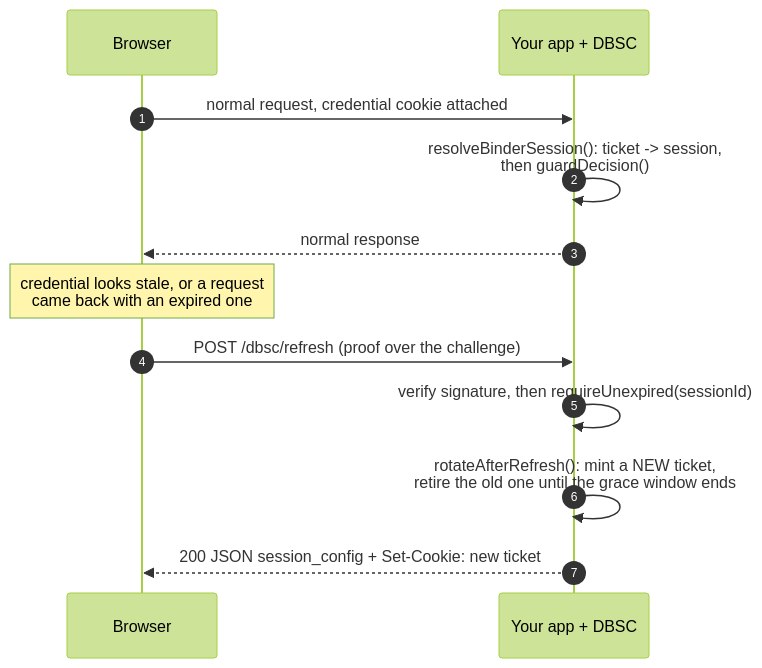
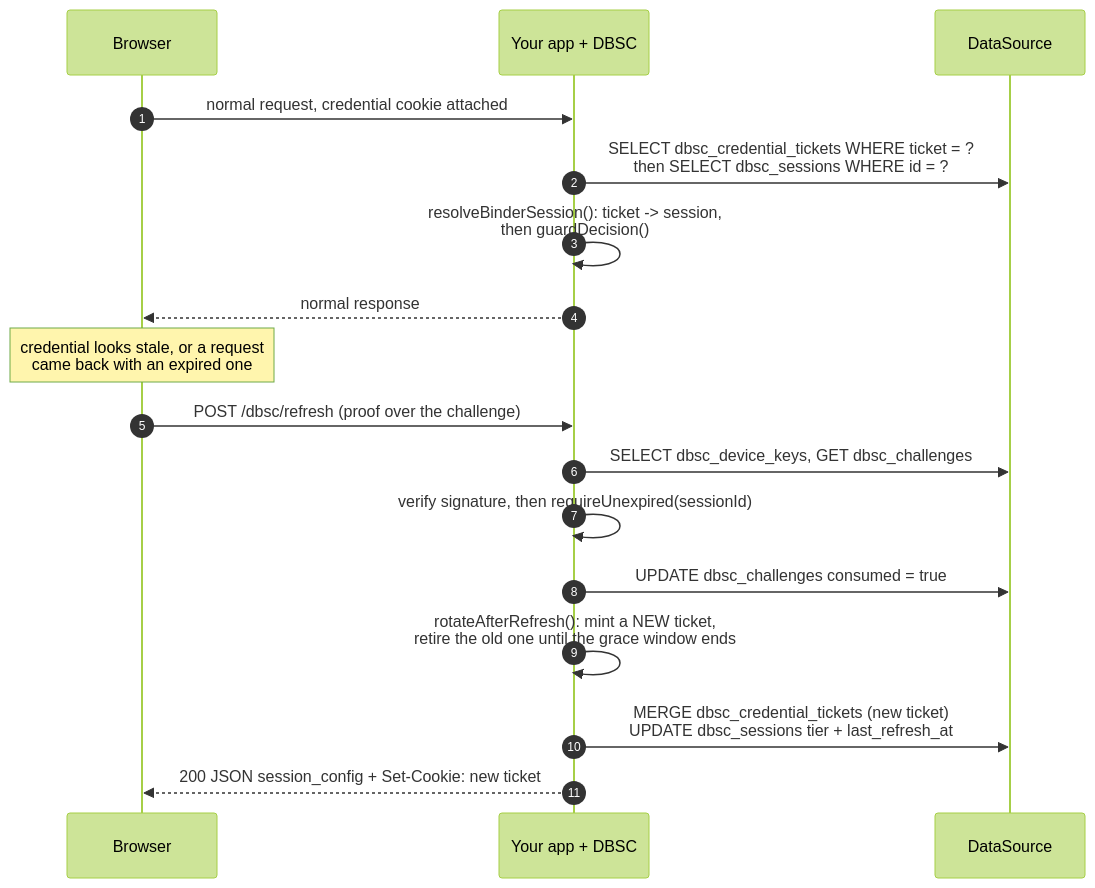
One commit to yuukioosaka/spring-dbsc changed the fourth of 12 diagrams in README.md. Above: the diagram before and after it, drawn with Mermaid (forest theme). The commit also changed other lines of this file, not shown here.

First line of the commit message:
README: fix the login/registration cookie story and add storage to the diagrams

````diff
--- a/README.md
+++ b/README.md
@@ -567,16 +596,21 @@
 ```mermaid
 sequenceDiagram
     autonumber
     participant B as Browser
     participant S as Your app + DBSC
+    participant D as DataSource
 
     B->>S: normal request, credential cookie attached
+    S->>D: SELECT dbsc_credential_tickets WHERE ticket = ?<br/>then SELECT dbsc_sessions WHERE id = ?
     S->>S: resolveBinderSession(): ticket -> session,<br/>then guardDecision()
     S-->>B: normal response
 
     Note over B: credential looks stale, or a request<br/>came back with an expired one
     B->>S: POST /dbsc/refresh  (proof over the challenge)
+    S->>D: SELECT dbsc_device_keys, GET dbsc_challenges
     S->>S: verify signature, then requireUnexpired(sessionId)
+    S->>D: UPDATE dbsc_challenges consumed = true
     S->>S: rotateAfterRefresh(): mint a NEW ticket,<br/>retire the old one until the grace window ends
+    S->>D: MERGE dbsc_credential_tickets (new ticket)<br/>UPDATE dbsc_sessions tier + last_refresh_at
     S-->>B: 200 JSON session_config + Set-Cookie: new ticket
 ```
````
